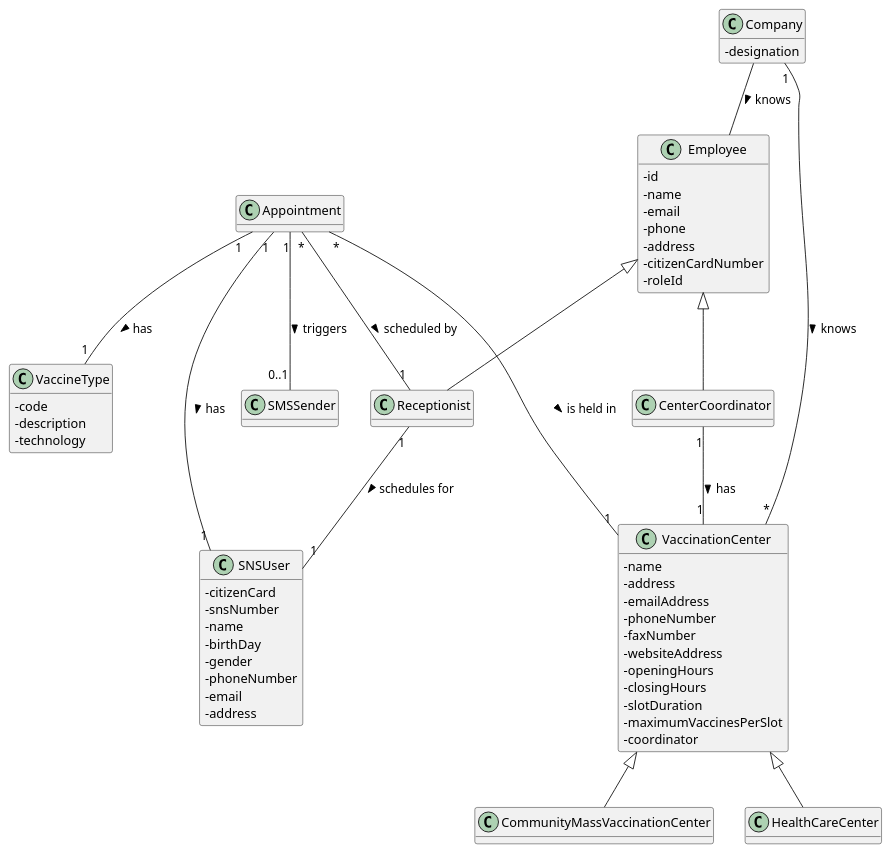
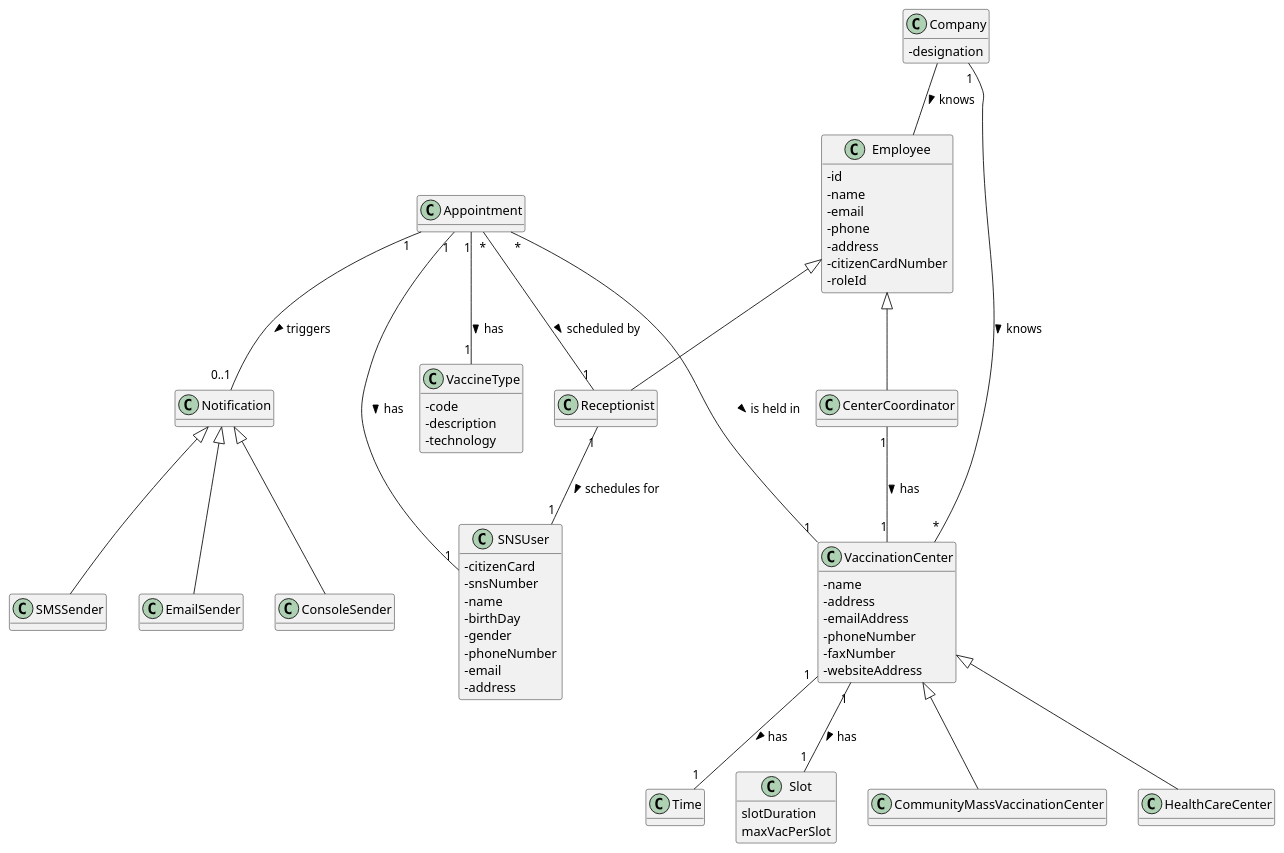
Before and after one commit to miseEnPlace-i/lapr2: the diagram in docs/SprintC/US02/DM/US02_DM.puml, drawn with PlantUML.

Commit message:
docs(US02): updated DM (added missing classes, new relations)

```diff
--- a/docs/SprintC/US02/DM/US02_DM.puml
+++ b/docs/SprintC/US02/DM/US02_DM.puml
@@ -1,79 +1,92 @@
 @startuml  US02_DM
 hide methods
 skinparam classAttributeIconSize 0
 
 
 class Appointment {}
 
 class VaccineType {
   -code 
   -description
   -technology
 }
 
 class SNSUser {
   - citizenCard
   - snsNumber
   - name
   - birthDay
   - gender
   - phoneNumber
   - email
   - address
 }
 
 class VaccinationCenter{
   -name
   -address
   -emailAddress
   -phoneNumber
   -faxNumber
   -websiteAddress
-  -openingHours  
-  -closingHours
-  -slotDuration
-  -maximumVaccinesPerSlot
-  -coordinator
+}
+
+class Time {}
+
+class Slot {
+  slotDuration
+  maxVacPerSlot
 }
 
 class Company{
   -designation
 }
 
 class Receptionist {}
 
 class Employee {
   -id
   -name
   -email
   -phone
   -address
   -citizenCardNumber
   -roleId
 }
 
-class SMSSender {}
+class Notification {}
 
 class CenterCoordinator {}
 
 class CommunityMassVaccinationCenter {}
 
 class HealthCareCenter {}
 
 
 Appointment "1"  -- "1" VaccineType : has >
 Appointment "*" -- "1" VaccinationCenter : is held in >
-Company "1" -- "*" VaccinationCenter : knows >
+Appointment "1" -- "1" SNSUser : has >
 Appointment "*" -- "1" Receptionist : scheduled by >
+Appointment "1" -- "0..1" Notification : triggers >
+
 Receptionist "1" -- "1" SNSUser : schedules for >
-Appointment "1" -- "1" SNSUser : has >
 Employee <|-- Receptionist
 Employee <|-- CenterCoordinator
+
 Company -- Employee : knows >
-Appointment "1" -- "0..1" SMSSender : triggers >
+Company "1" -- "*" VaccinationCenter : knows >
+
 CenterCoordinator "1" -- "1" VaccinationCenter : has >
+
 VaccinationCenter <|-- CommunityMassVaccinationCenter
 VaccinationCenter <|-- HealthCareCenter
+VaccinationCenter "1" -- "1" Slot : has >
+VaccinationCenter "1" -- "1" Time : has >
+
+Notification <|-- SMSSender
+Notification <|-- EmailSender
+Notification <|-- ConsoleSender
+
 
 
 @enduml
```
